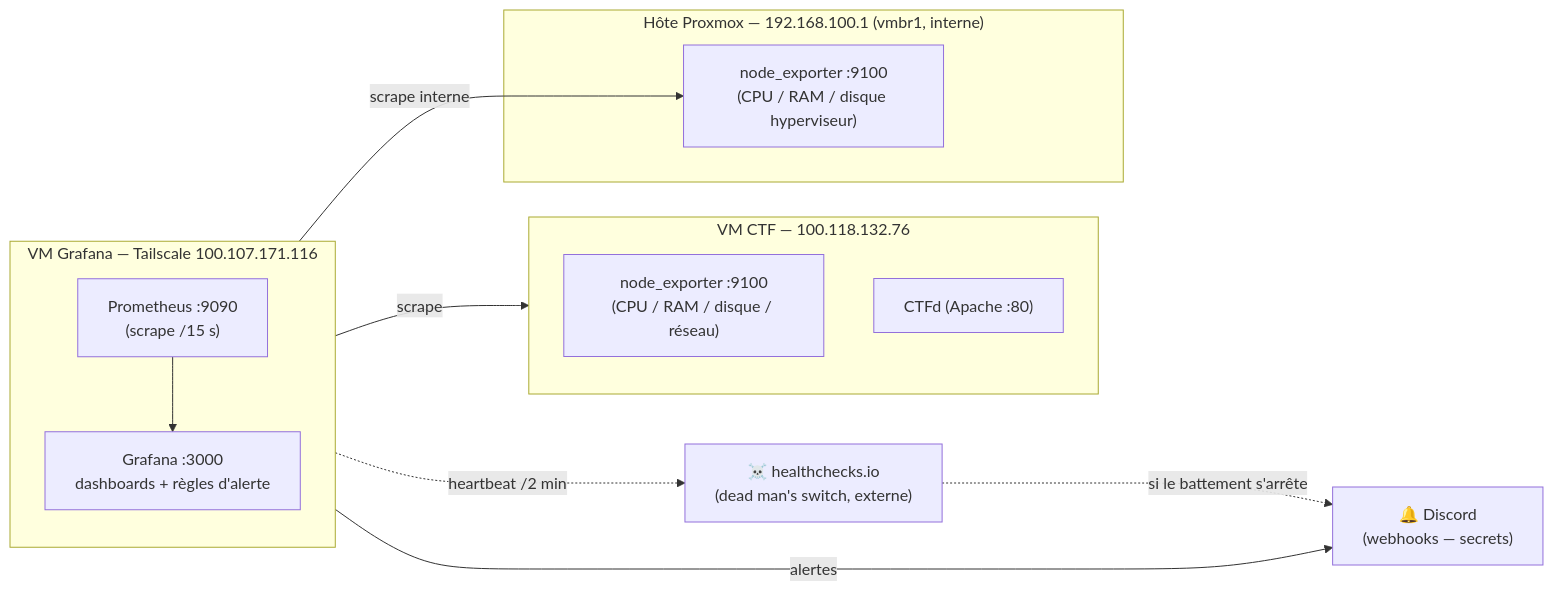
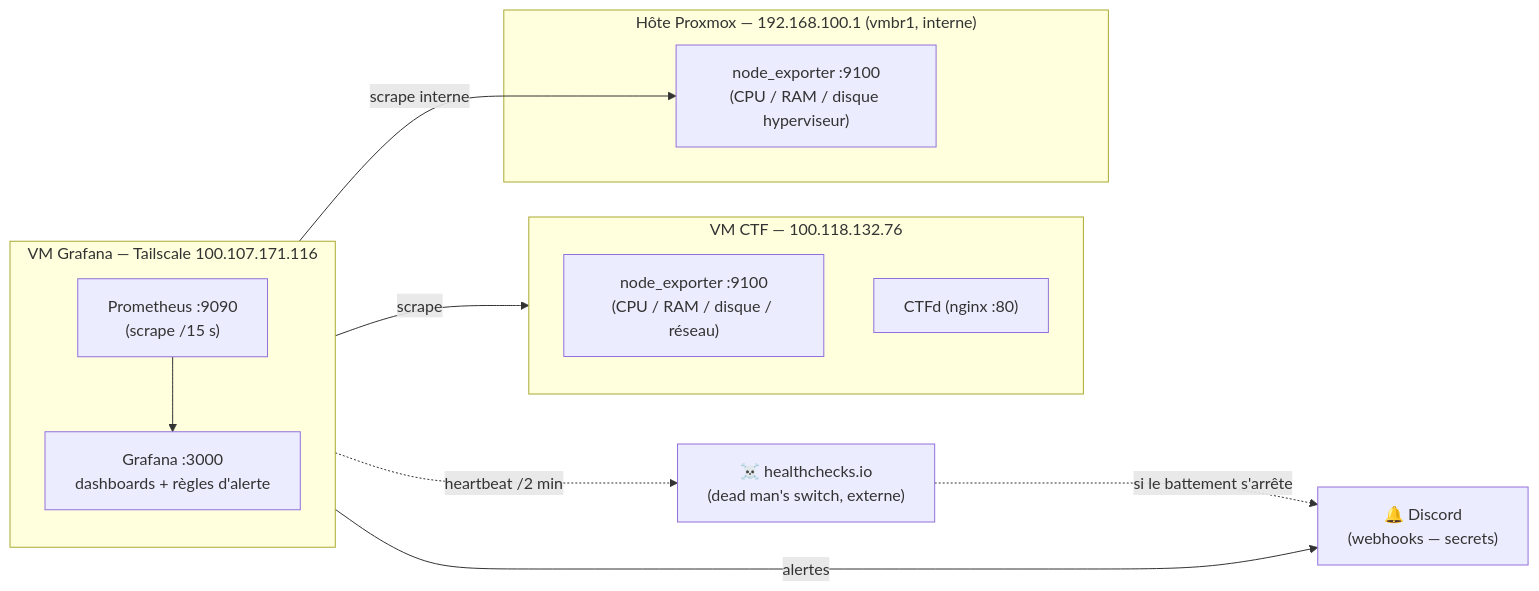
The diagram in docs/SUPERVISION.md (Jacob-dot-bit/RootMeUp), drawn with Mermaid before and after one commit. The commit also changed 5 other files, not shown here.

Commit message:
docs: corriger Apache -> nginx (reverse proxy réel, vérifié via Server: header)

````diff
--- a/docs/SUPERVISION.md
+++ b/docs/SUPERVISION.md
@@ -9,28 +9,28 @@
 ```mermaid
 flowchart LR
     subgraph grafana_vm["VM Grafana — Tailscale 100.107.171.116"]
         direction TB
         prometheus["Prometheus :9090<br/>(scrape /15 s)"]
         grafana["Grafana :3000<br/>dashboards + règles d'alerte"]
         prometheus --> grafana
     end
 
     subgraph ctf_vm["VM CTF — 100.118.132.76"]
         direction TB
         node["node_exporter :9100<br/>(CPU / RAM / disque / réseau)"]
-        ctfd["CTFd (Apache :80)"]
+        ctfd["CTFd (nginx :80)"]
     end
 
     subgraph pve["Hôte Proxmox — 192.168.100.1 (vmbr1, interne)"]
         pnode["node_exporter :9100<br/>(CPU / RAM / disque hyperviseur)"]
     end
 
     discord["🔔 Discord<br/>(webhooks — secrets)"]
     hc["☠️ healthchecks.io<br/>(dead man's switch, externe)"]
 
     prometheus -->|scrape| node
     prometheus -->|scrape interne| pnode
     grafana -->|alertes| discord
     grafana_vm -.->|heartbeat /2 min| hc
     hc -.->|si le battement s'arrête| discord
 ```
````
